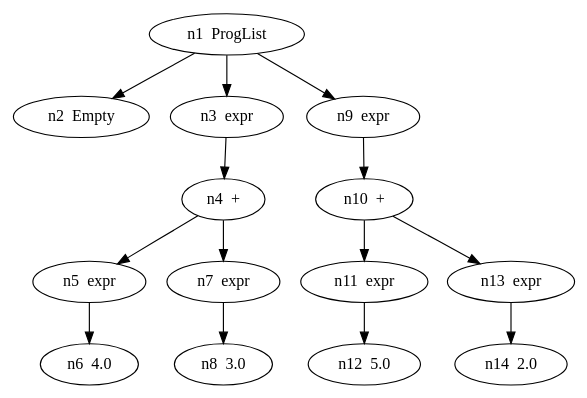
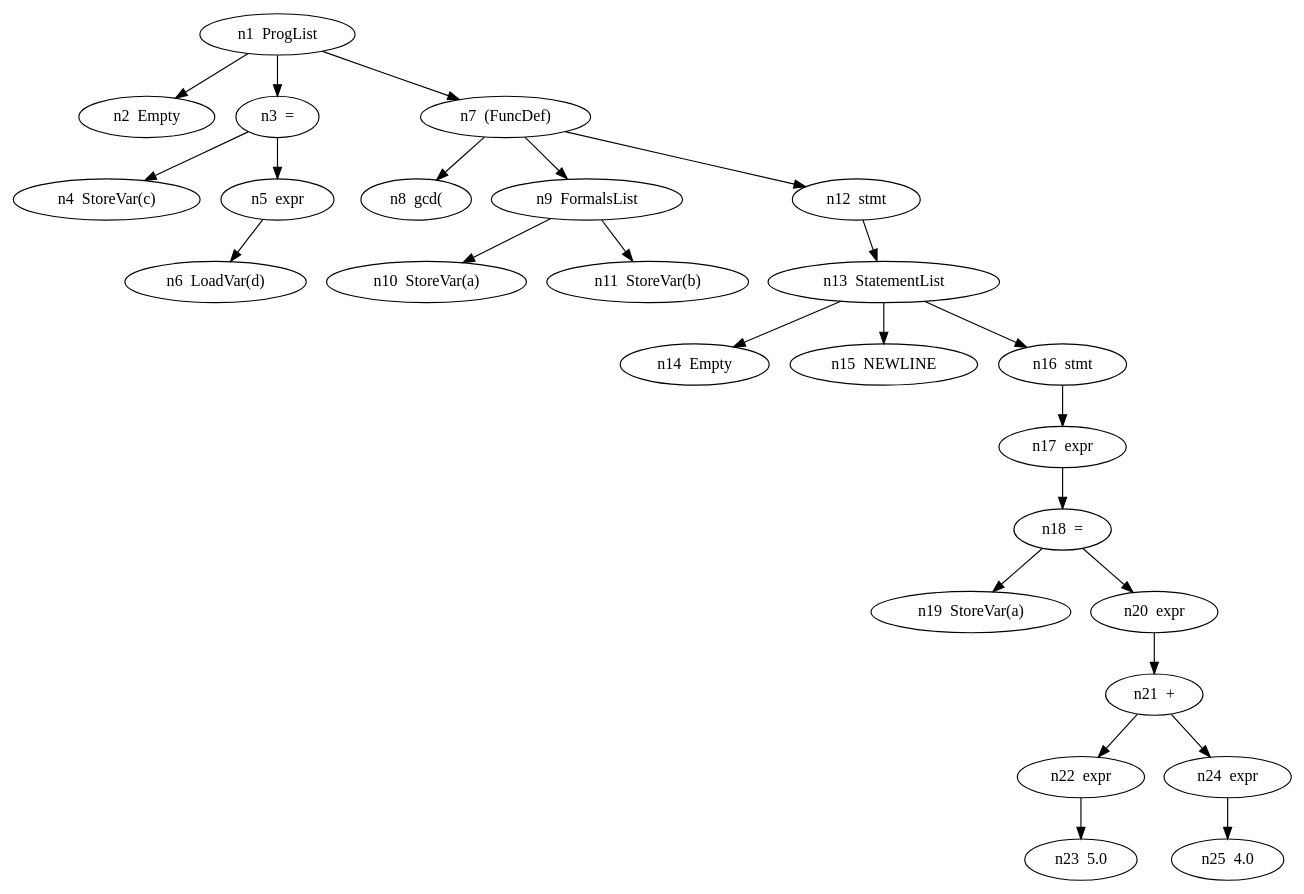
The diagram in AST/ast80.gv (edwinfmesa/hoc), drawn with Graphviz before and after one commit. The commit also changed 29 other files, not shown here.

```diff
--- a/AST/ast80.gv
+++ b/AST/ast80.gv
@@ -1,30 +1,52 @@
 // Compilador
 digraph {
 	n1 [label="n1  ProgList"]
 	n2 [label="n2  Empty"]
 		n1 -> n2
-	n4 [label="n4  +"]
-	n6 [label="n6  4.0"]
+	n3 [label="n3  ="]
+	n4 [label="n4  StoreVar(c)"]
+	n6 [label="n6  LoadVar(d)"]
 		n5 -> n6
 	n5 [label="n5  expr"]
-	n8 [label="n8  3.0"]
+		n3 -> n4
+		n3 -> n5
+		n1 -> n3
+	n7 [label="n7  (FuncDef)"]
+	n8 [label="n8  gcd("]
+	n9 [label="n9  FormalsList"]
+	n10 [label="n10  StoreVar(a)"]
+		n9 -> n10
+	n11 [label="n11  StoreVar(b)"]
+		n9 -> n11
+	n13 [label="n13  StatementList"]
+	n14 [label="n14  Empty"]
+		n13 -> n14
+	n15 [label="n15  NEWLINE"]
+		n13 -> n15
+	n18 [label="n18  ="]
+	n19 [label="n19  StoreVar(a)"]
+	n21 [label="n21  +"]
+	n23 [label="n23  5.0"]
+		n22 -> n23
+	n22 [label="n22  expr"]
+	n25 [label="n25  4.0"]
+		n24 -> n25
+	n24 [label="n24  expr"]
+		n21 -> n22
+		n21 -> n24
+		n20 -> n21
+	n20 [label="n20  expr"]
+		n18 -> n19
+		n18 -> n20
+		n17 -> n18
+	n17 [label="n17  expr"]
+		n16 -> n17
+	n16 [label="n16  stmt"]
+		n13 -> n16
+		n12 -> n13
+	n12 [label="n12  stmt"]
 		n7 -> n8
-	n7 [label="n7  expr"]
-		n4 -> n5
-		n4 -> n7
-		n3 -> n4
-	n3 [label="n3  expr"]
-		n1 -> n3
-	n10 [label="n10  +"]
-	n12 [label="n12  5.0"]
-		n11 -> n12
-	n11 [label="n11  expr"]
-	n14 [label="n14  2.0"]
-		n13 -> n14
-	n13 [label="n13  expr"]
-		n10 -> n11
-		n10 -> n13
-		n9 -> n10
-	n9 [label="n9  expr"]
-		n1 -> n9
+		n7 -> n9
+		n7 -> n12
+		n1 -> n7
 }
```
